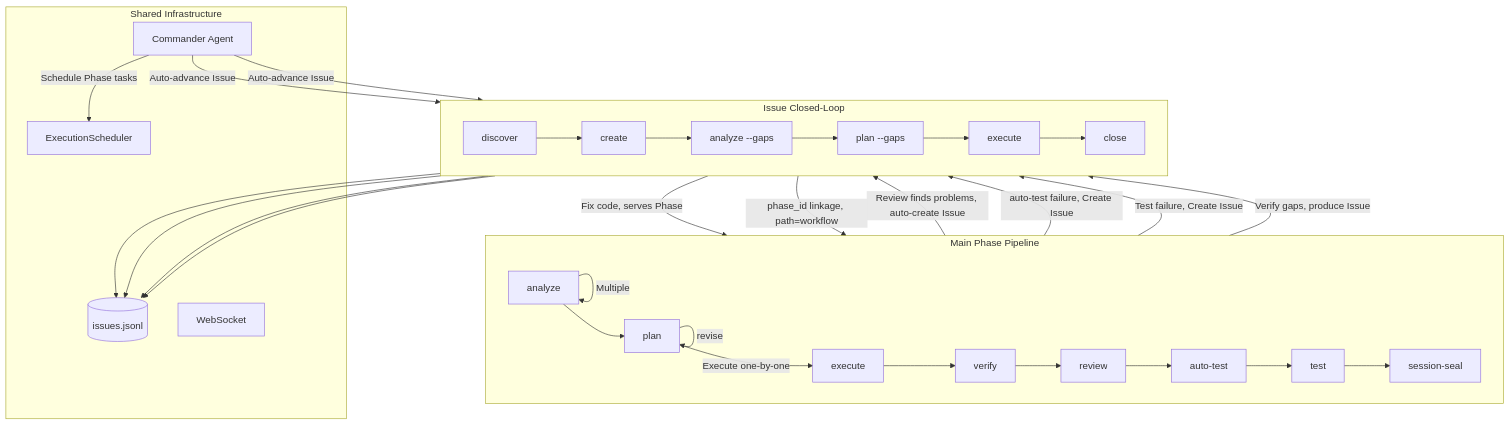
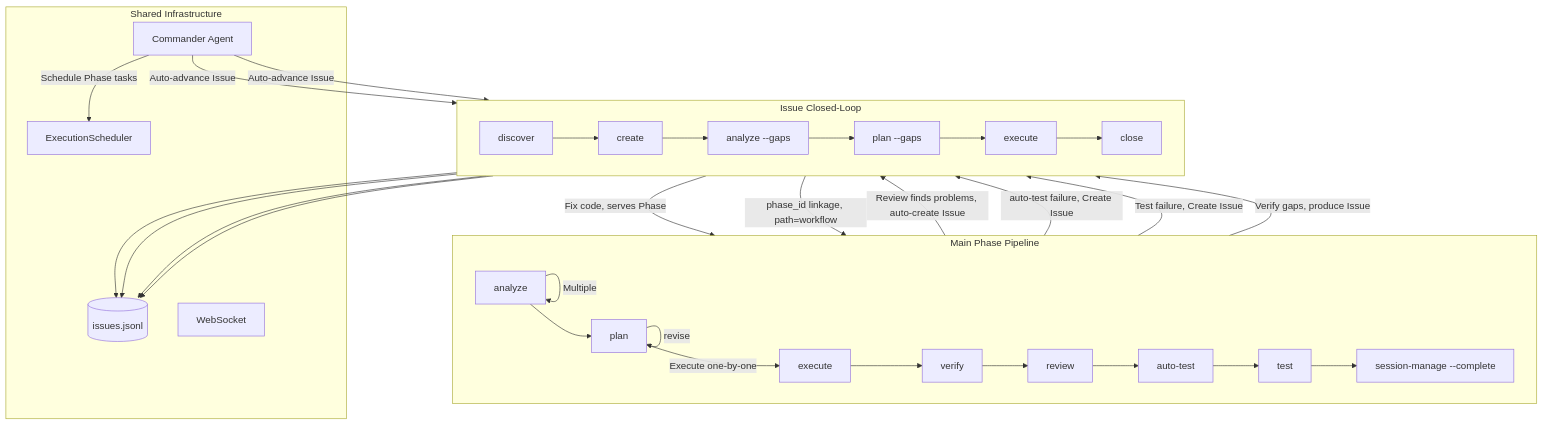
Before and after one commit to KatouRyuuji/maestro-flow: the second of 2 diagrams in guide/command-usage-guide.en.md, drawn with Mermaid. The commit also changed other lines of this file and 33 other files, not shown here.

First line of the commit message:
chore(workflows): rename maestro-session-seal to maestro-session-manage --complete

````diff
--- a/guide/command-usage-guide.en.md
+++ b/guide/command-usage-guide.en.md
@@ -115,39 +115,39 @@
 ```mermaid
 graph TB
     subgraph phase_pipeline["Main Phase Pipeline"]
         direction LR
         AN["analyze"] -->|"Multiple"| AN
         AN --> PL["plan"] -->|"revise"| PL -->|"Execute one-by-one"| EX["execute"] --> VF["verify"]
-        VF --> QR["review"] --> QBT["auto-test"] --> QT["test"] --> MA["session-seal"]
+        VF --> QR["review"] --> QBT["auto-test"] --> QT["test"] --> MA["session-manage --complete"]
     end
 
     subgraph issue_loop["Issue Closed-Loop"]
         direction LR
         ID["discover"] --> IC["create"] --> IA["analyze --gaps"]
         IA --> IP["plan --gaps"] --> IE["execute"] --> ICL["close"]
     end
 
     subgraph shared["Shared Infrastructure"]
         JSONL[("issues.jsonl")]
         CMD["Commander Agent"]
         SCHED["ExecutionScheduler"]
         WS["WebSocket"]
     end
 
     QR -->|"Review finds problems, auto-create Issue"| IC
     QBT -->|"auto-test failure, Create Issue"| IC
     QT -->|"Test failure, Create Issue"| IC
     VF -->|"Verify gaps, produce Issue"| IC
 
     IC -->|"phase_id linkage, path=workflow"| phase_pipeline
     IE -->|"Fix code, serves Phase"| EX
 
     CMD -->|"Schedule Phase tasks"| SCHED
     CMD -->|"Auto-advance Issue"| IA
     CMD -->|"Auto-advance Issue"| IP
 
     IC --> JSONL
     IA --> JSONL
     IP --> JSONL
     IE --> JSONL
 ```
````
